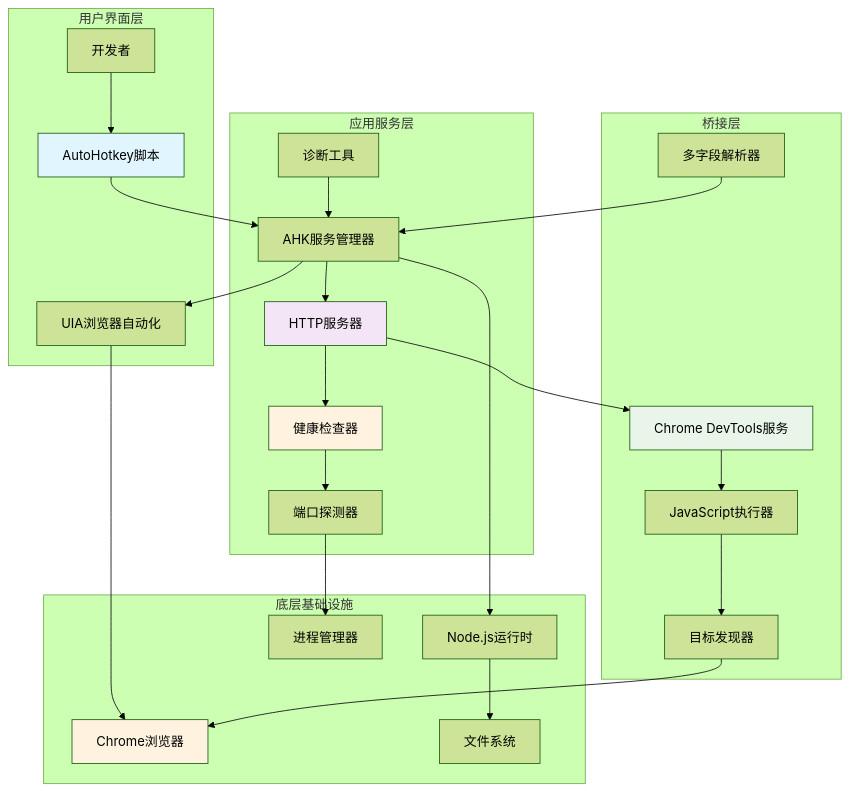
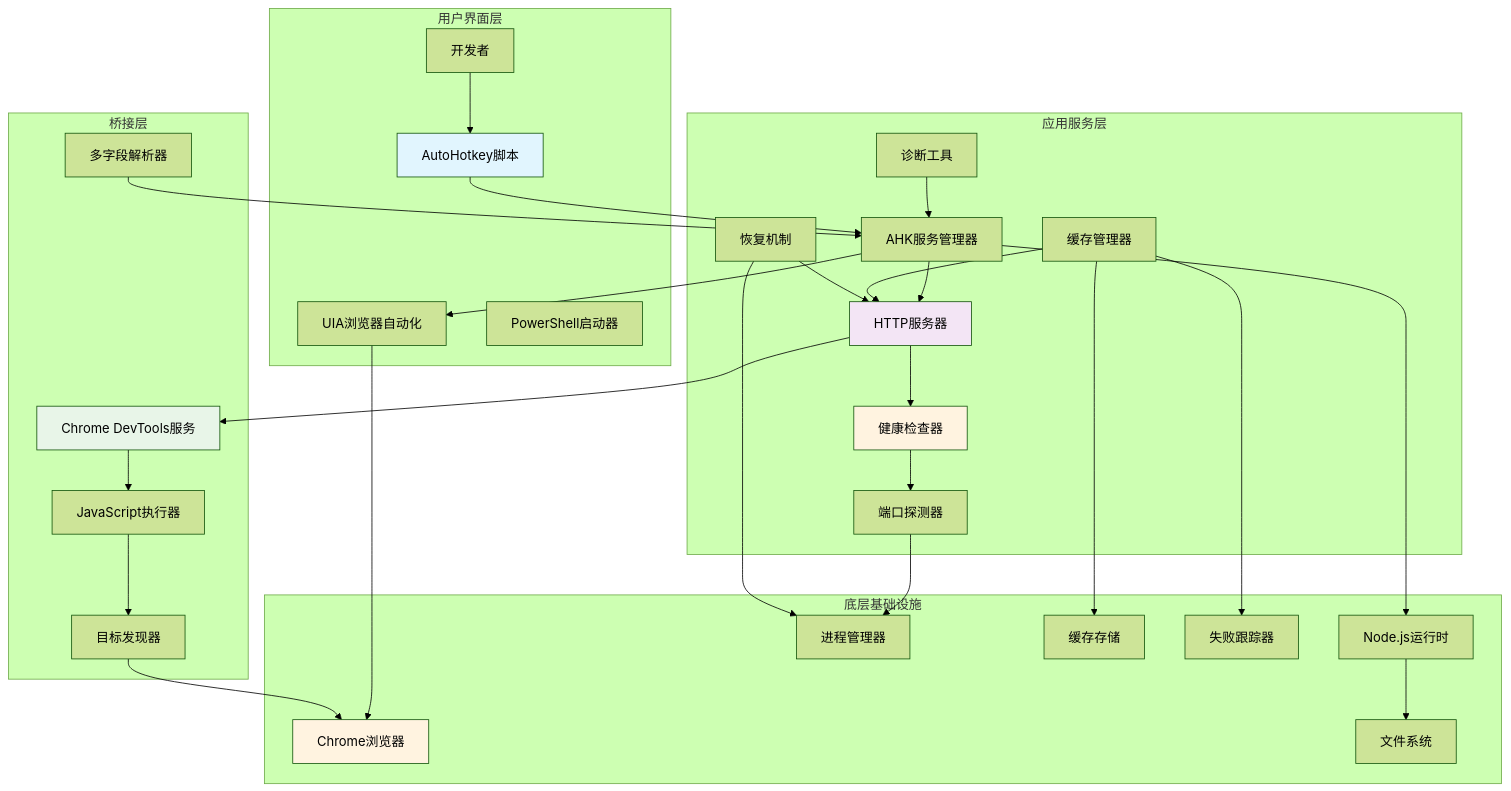
Before and after one commit to wangys-123doit/hotkey: the second of 11 diagrams in .qoder/repowiki/zh/content/外部工具集成/Node.js桥接工具.md, drawn with Mermaid (forest theme). The commit also changed other lines of this file and 9 other files, not shown here.

````diff
--- a/.qoder/repowiki/zh/content/外部工具集成/Node.js桥接工具.md
+++ b/.qoder/repowiki/zh/content/外部工具集成/Node.js桥接工具.md
@@ -144,48 +169,58 @@
 ```mermaid
 graph TB
 subgraph "用户界面层"
 AHK[AutoHotkey脚本]
 User[开发者]
 UIA[UIA浏览器自动化]
+PS[PowerShell启动器]
 end
 subgraph "应用服务层"
 AHKService[AHK服务管理器]
 HTTPServer[HTTP服务器]
 HealthChecker[健康检查器]
 PortProbe[端口探测器]
 Diagnostic[诊断工具]
+CacheManager[缓存管理器]
+RecoveryMechanism[恢复机制]
 end
 subgraph "桥接层"
 CDPServer[Chrome DevTools服务]
 JSEvaluator[JavaScript执行器]
 TargetFinder[目标发现器]
 MultiFieldParser[多字段解析器]
 end
 subgraph "底层基础设施"
 Chrome[Chrome浏览器]
 NodeJS[Node.js运行时]
 FileSystem[文件系统]
 ProcessManager[进程管理器]
+CacheStorage[缓存存储]
+FailureTracker[失败跟踪器]
 end
 User --> AHK
 AHK --> AHKService
 AHKService --> HTTPServer
 HTTPServer --> HealthChecker
 HealthChecker --> PortProbe
 PortProbe --> ProcessManager
 AHKService --> UIA
 UIA --> Chrome
 HTTPServer --> CDPServer
 CDPServer --> JSEvaluator
 JSEvaluator --> TargetFinder
 TargetFinder --> Chrome
 AHKService --> NodeJS
 NodeJS --> FileSystem
 MultiFieldParser --> AHKService
 Diagnostic --> AHKService
+CacheManager --> CacheStorage
+CacheManager --> FailureTracker
+RecoveryMechanism --> ProcessManager
+CacheManager --> HTTPServer
+RecoveryMechanism --> HTTPServer
 style AHK fill:#e1f5fe
 style HTTPServer fill:#f3e5f5
 style CDPServer fill:#e8f5e8
 style Chrome fill:#fff3e0
 style HealthChecker fill:#fff3e0
 ```
````
